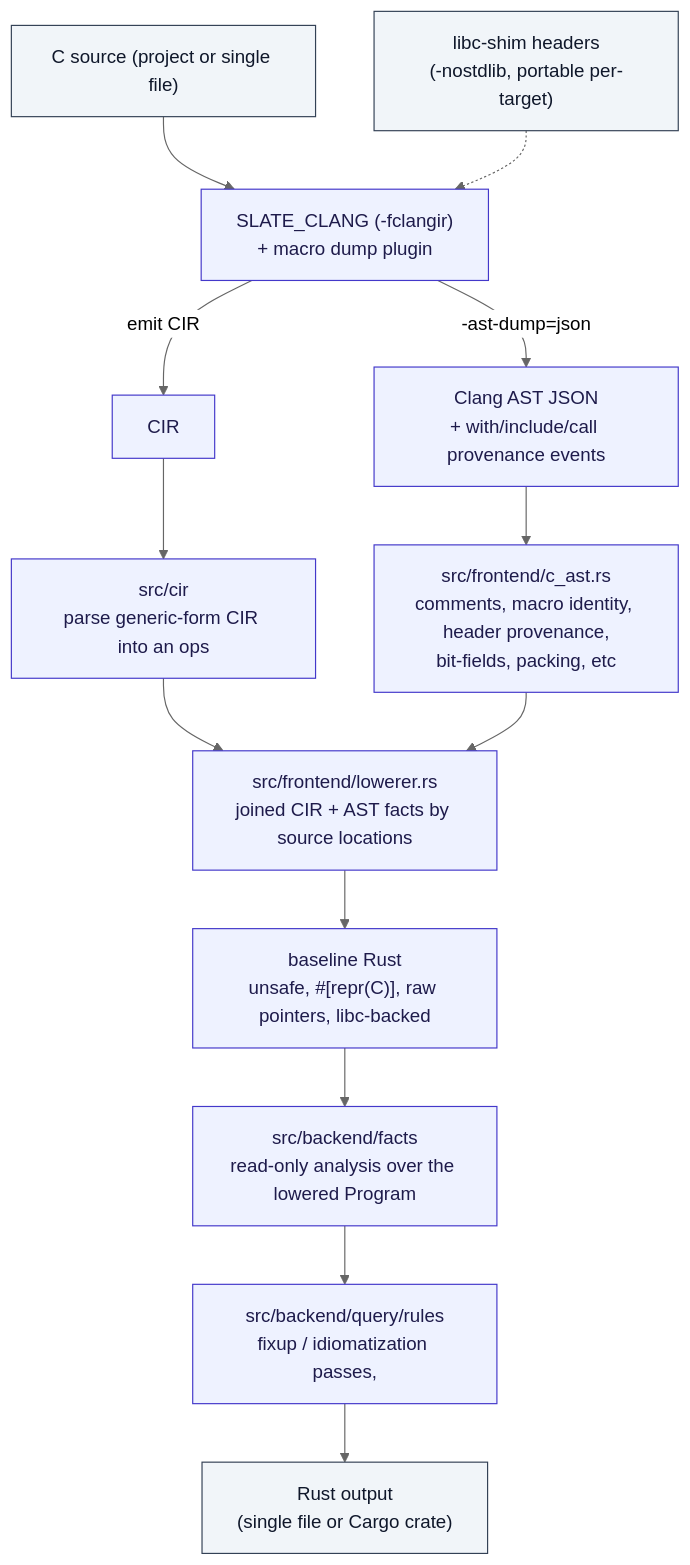
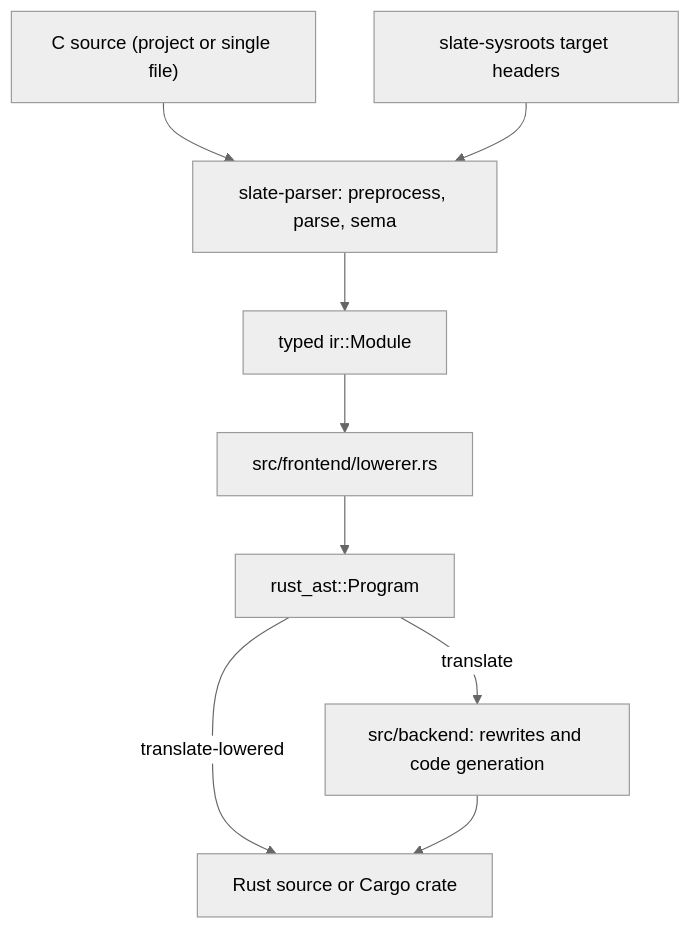
One commit to Takashiidobe/slate changed the diagram in crates/slate/docs/src/diagrams/architecture.mmd. Above: the diagram before and after it, drawn with Mermaid (neutral theme). The commit also changed 92 other files, not shown here.

Commit message:
Remove CIR frontend and rename Slate frontend to frontend

```diff
--- a/crates/slate/docs/src/diagrams/architecture.mmd
+++ b/crates/slate/docs/src/diagrams/architecture.mmd
@@ -1,27 +1,15 @@
 flowchart TD
     C["C source (project or single file)"]
-    Shim["libc-shim headers\n(-nostdlib, portable per-target)"]
+    Headers["slate-sysroots target headers"]
+    Parser["slate-parser: preprocess, parse, sema"]
+    IR["typed ir::Module"]
+    Lowerer["src/frontend/lowerer.rs"]
+    Baseline["rust_ast::Program"]
+    Backend["src/backend: rewrites and code generation"]
+    Rust["Rust source or Cargo crate"]
 
-    C --> Clang
-    Shim -.-> Clang
-
-    Clang["SLATE_CLANG (-fclangir)\n+ macro dump plugin"]
-
-    Clang -->|"emit CIR"| CIR["CIR\n"]
-    Clang -->|"-ast-dump=json"| ASTJSON["Clang AST JSON\n+ with/include/call provenance events"]
-
-    CIR --> CIRParse["src/cir\nparse generic-form CIR into an ops"]
-    ASTJSON --> CAst["src/frontend/c_ast.rs\ncomments, macro identity, header provenance,\nbit-fields, packing, etc"]
-
-    CIRParse --> Lowerer["src/frontend/lowerer.rs\njoined CIR + AST facts by source locations"]
-    CAst --> Lowerer
-
-    Lowerer --> Baseline["baseline Rust\nunsafe, #[repr(C)], raw pointers, libc-backed"]
-    Baseline --> Facts["src/backend/facts\nread-only analysis over the lowered Program\n"]
-    Facts --> Rewrite["src/backend/query/rules\nfixup / idiomatization passes,\n"]
-    Rewrite --> Rust["Rust output\n(single file or Cargo crate)"]
-
-    classDef stage fill:#eef2ff,stroke:#4338ca,color:#1e1b4b;
-    classDef io fill:#f1f5f9,stroke:#334155,color:#0f172a;
-    class C,Shim,Rust io;
-    class Clang,CIR,ASTJSON,CIRParse,CAst,Lowerer,Baseline,Facts,Rewrite stage;
+    C --> Parser
+    Headers --> Parser
+    Parser --> IR --> Lowerer --> Baseline
+    Baseline -->|translate-lowered| Rust
+    Baseline -->|translate| Backend --> Rust
```
